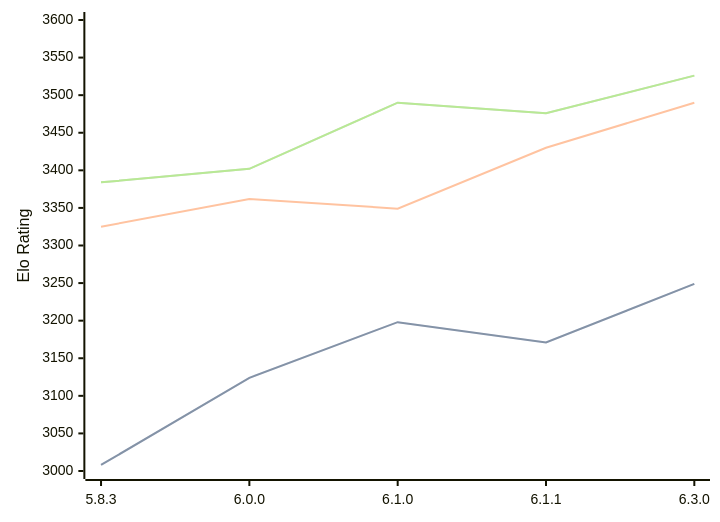
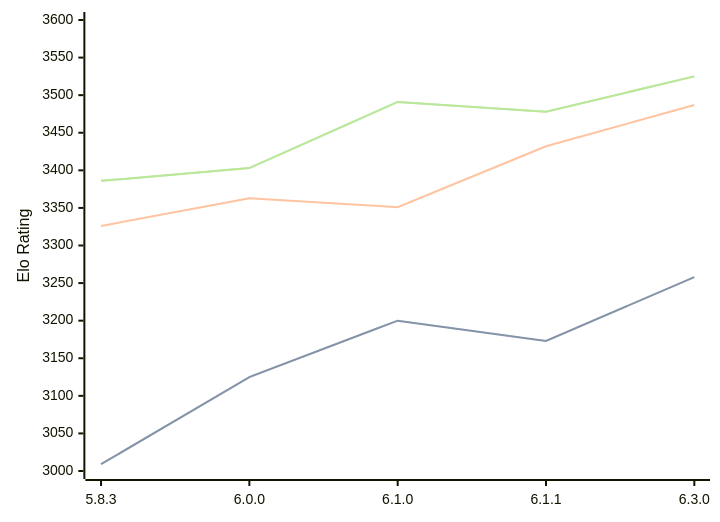
Before and after one commit to computer-chess-index/cci: the diagram in engines/Zigqueen.md, drawn with Mermaid. The commit also changed other lines of this file, not shown here.

Commit message:
Update CCI Ratings (ELO VLTC) - 2026-10-09

````diff
--- a/engines/Zigqueen.md
+++ b/engines/Zigqueen.md
@@ -39,11 +39,11 @@
 ```mermaid
 %%{init: {"theme":"base","themeVariables":{"seriesColors:['#a3a3a3','#222221','#faa371']}}}%%
 xychart-beta
   x-axis ["5.8.3", "6.0.0", "6.1.0", "6.1.1", "6.3.0"]
   y-axis "Elo Rating" 3000 --> 3600
-  line "" [3008, 3124, 3198, 3171, 3249]
-  line "STC (8.0+0.08s)" [3008, 3124, 3198, 3171, 3249]
-  line "LTC (60.0+0.60s)" [3325, 3362, 3349, 3430, 3490]
-  line "" [3384, 3402, 3490, 3476, 3526]
-  line "VLTC (2m24s+1.12s)" [3384, 3402, 3490, 3476, 3526]
+  line "" [3009, 3125, 3200, 3173, 3258]
+  line "STC (8.0+0.08s)" [3009, 3125, 3200, 3173, 3258]
+  line "LTC (60.0+0.60s)" [3326, 3363, 3351, 3432, 3487]
+  line "" [3386, 3403, 3491, 3478, 3525]
+  line "VLTC (2m24s+1.12s)" [3386, 3403, 3491, 3478, 3525]
 ```
````
